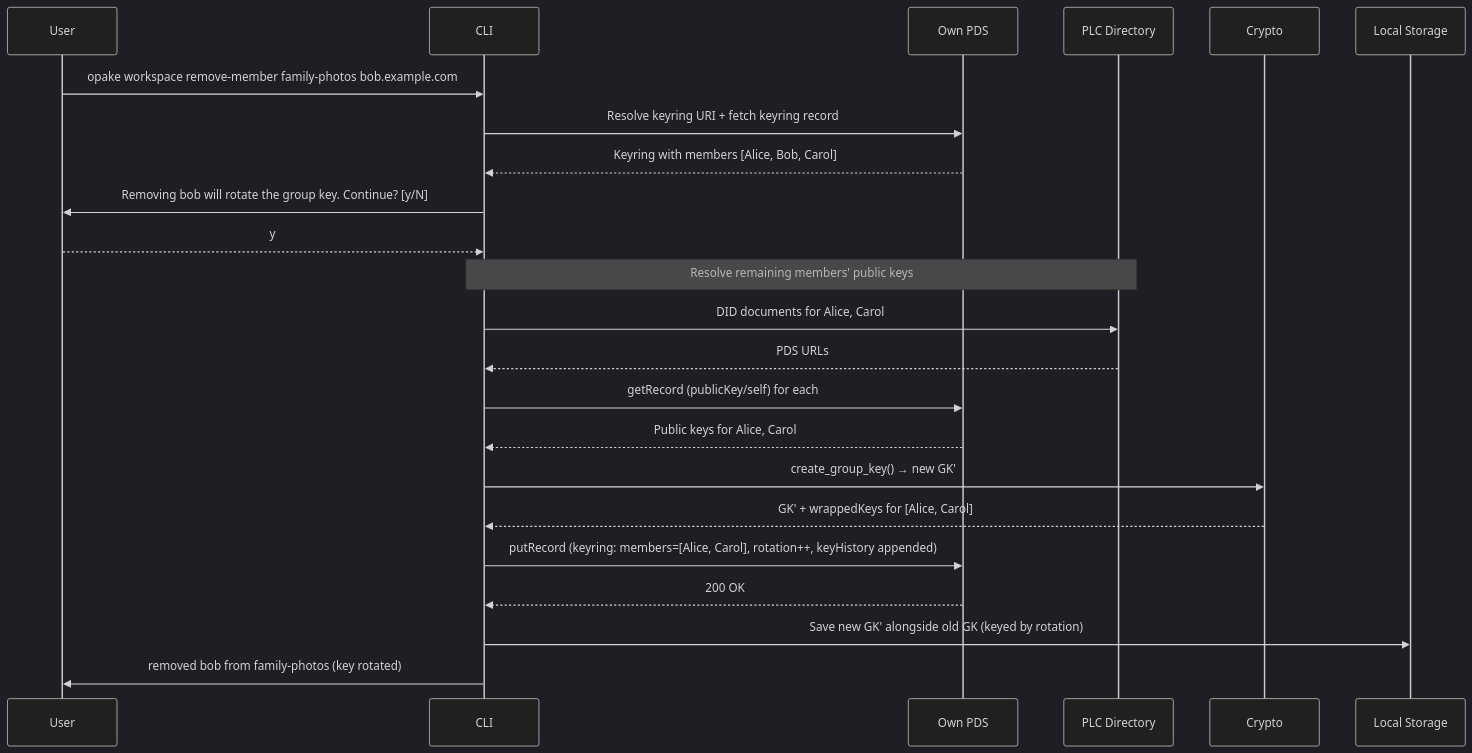
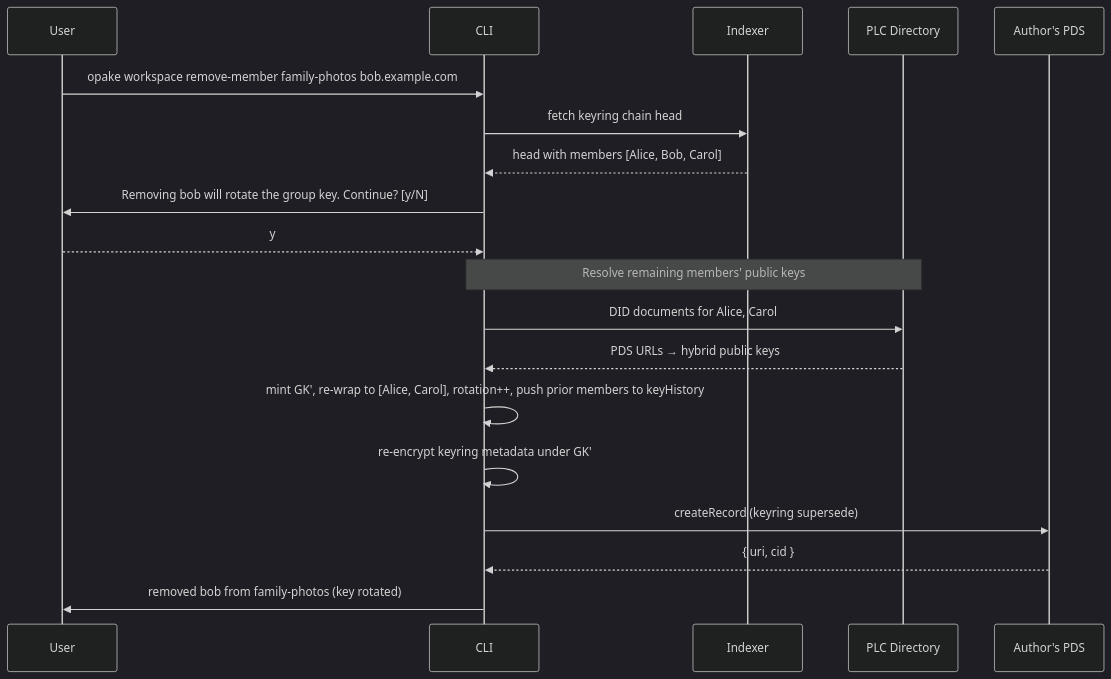
Before and after one commit to Sans-Self/Opake: the fifth of 8 diagrams in docs/flows/keyrings.md, drawn with Mermaid (dark theme). The commit also changed other lines of this file and 35 other files, not shown here.

````diff
--- a/docs/flows/keyrings.md
+++ b/docs/flows/keyrings.md
@@ -118,33 +128,27 @@
 ```mermaid
 sequenceDiagram
     participant User
     participant CLI
-    participant PDS as Own PDS
+    participant IX as Indexer
     participant PLC as PLC Directory
-    participant Crypto
-    participant Disk as Local Storage
+    participant PDS as Author's PDS
 
     User->>CLI: opake workspace remove-member family-photos bob.example.com
 
-    CLI->>PDS: Resolve keyring URI + fetch keyring record
-    PDS-->>CLI: Keyring with members [Alice, Bob, Carol]
+    CLI->>IX: fetch keyring chain head
+    IX-->>CLI: head with members [Alice, Bob, Carol]
 
     CLI->>User: Removing bob will rotate the group key. Continue? [y/N]
     User-->>CLI: y
 
     Note over CLI,PLC: Resolve remaining members' public keys
     CLI->>PLC: DID documents for Alice, Carol
-    PLC-->>CLI: PDS URLs
-    CLI->>PDS: getRecord (publicKey/self) for each
-    PDS-->>CLI: Public keys for Alice, Carol
+    PLC-->>CLI: PDS URLs → hybrid public keys
 
-    CLI->>Crypto: create_group_key() → new GK'
-    Crypto-->>CLI: GK' + wrappedKeys for [Alice, Carol]
-
-    CLI->>PDS: putRecord (keyring: members=[Alice, Carol], rotation++, keyHistory appended)
-    PDS-->>CLI: 200 OK
-
-    CLI->>Disk: Save new GK' alongside old GK (keyed by rotation)
+    CLI->>CLI: mint GK', re-wrap to [Alice, Carol], rotation++, push prior members to keyHistory
+    CLI->>CLI: re-encrypt keyring metadata under GK'
+    CLI->>PDS: createRecord (keyring supersede)
+    PDS-->>CLI: { uri, cid }
 
     CLI->>User: removed bob from family-photos (key rotated)
 ```
````
